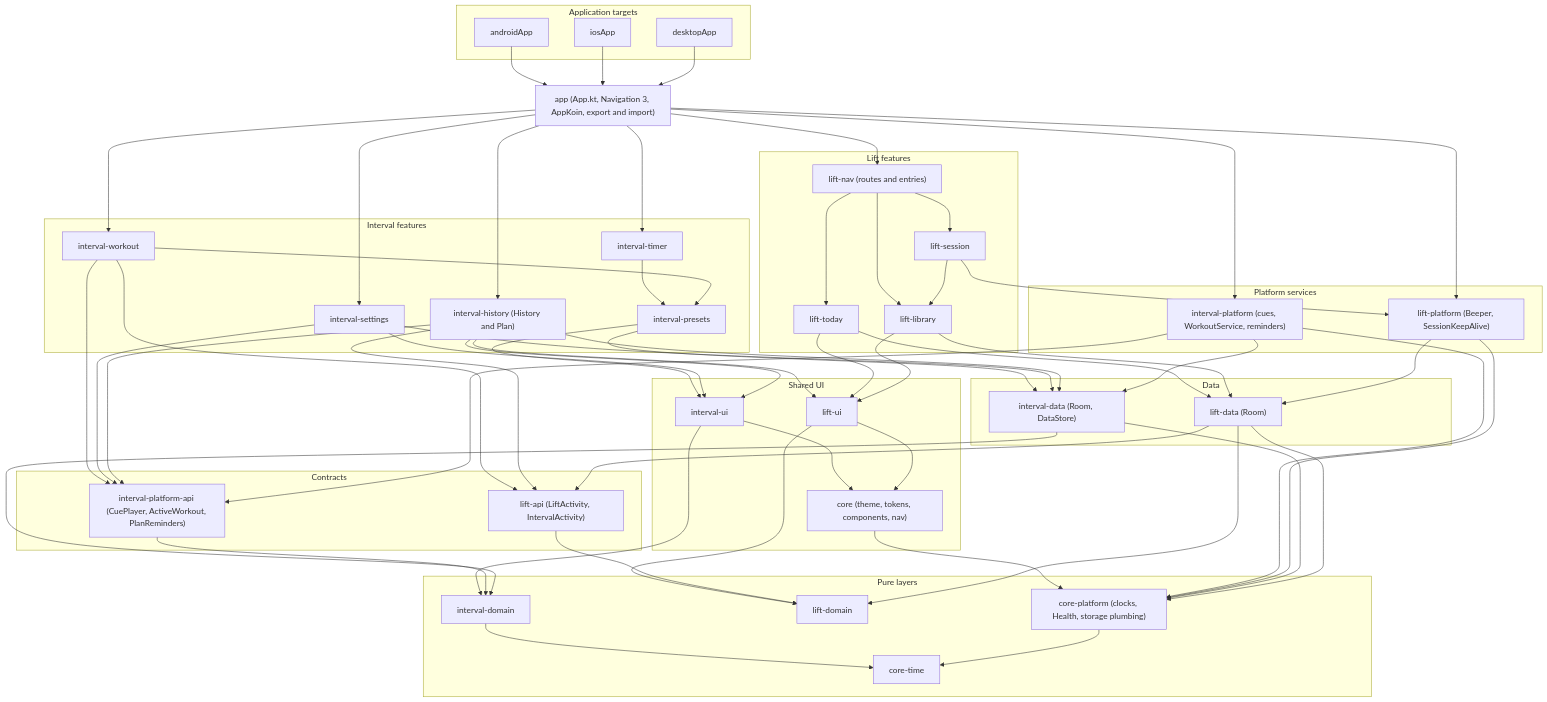
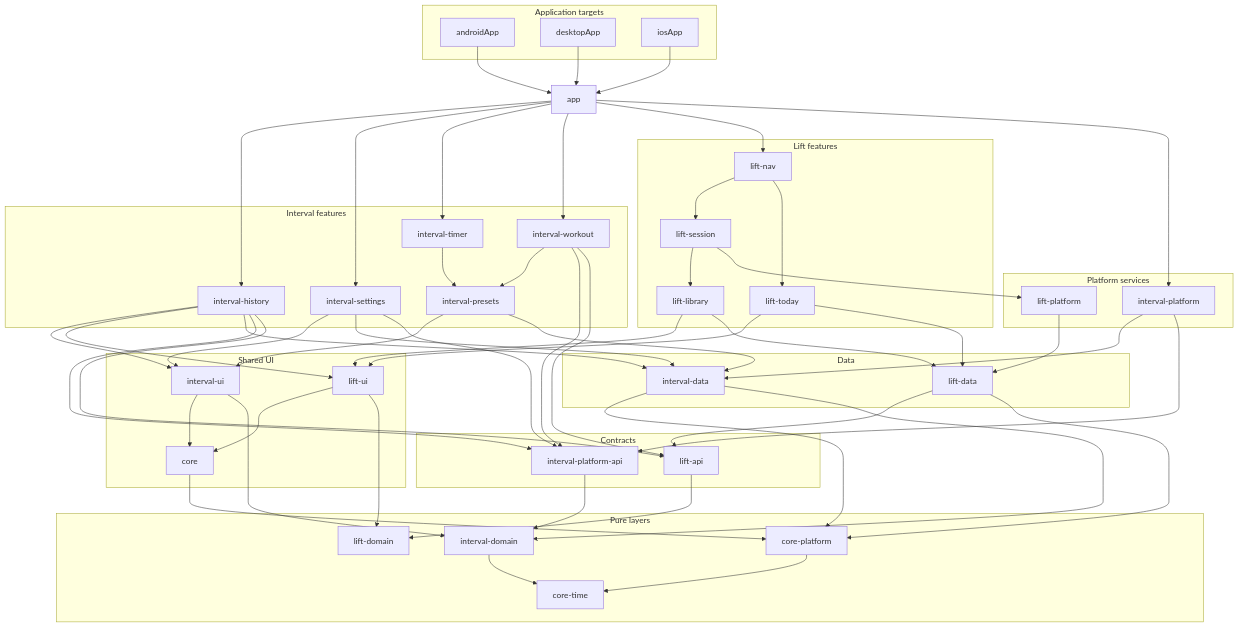
Before and after one commit to smithjustinn84-netizen/interval: the first of 2 diagrams in docs/architecture.md, drawn with Mermaid. The commit also changed other lines of this file and 4 other files, not shown here.

First line of the commit message:
Architecture: the module diagram drawn from the modules, checked in CI

````diff
--- a/docs/architecture.md
+++ b/docs/architecture.md
@@ -17,112 +17,109 @@
 ```mermaid
 graph TD
-    subgraph Applications ["Application targets"]
-        AndroidApp["androidApp"]
-        IOSApp["iosApp"]
-        DesktopApp["desktopApp"]
+    subgraph applicationTargets ["Application targets"]
+        androidApp["androidApp"]
+        desktopApp["desktopApp"]
+        iosApp["iosApp"]
     end
 
-    App["app (App.kt, Navigation 3, AppKoin, export and import)"]
+    app["app"]
 
-    subgraph IntervalFeatures ["Interval features"]
-        Timer["interval-timer"]
-        Workout["interval-workout"]
-        Presets["interval-presets"]
-        History["interval-history (History and Plan)"]
-        Settings["interval-settings"]
+    subgraph intervalFeatures ["Interval features"]
+        intervalHistory["interval-history"]
+        intervalPresets["interval-presets"]
+        intervalSettings["interval-settings"]
+        intervalTimer["interval-timer"]
+        intervalWorkout["interval-workout"]
     end
 
-    subgraph LiftFeatures ["Lift features"]
-        LiftNav["lift-nav (routes and entries)"]
-        LiftToday["lift-today"]
-        LiftSession["lift-session"]
-        LiftLib["lift-library"]
+    subgraph liftFeatures ["Lift features"]
+        liftLibrary["lift-library"]
+        liftNav["lift-nav"]
+        liftSession["lift-session"]
+        liftToday["lift-today"]
     end
 
-    subgraph SharedUI ["Shared UI"]
-        IntervalUI["interval-ui"]
-        LiftUI["lift-ui"]
-        Core["core (theme, tokens, components, nav)"]
+    subgraph sharedUi ["Shared UI"]
+        core["core"]
+        intervalUi["interval-ui"]
+        liftUi["lift-ui"]
     end
 
-    subgraph Platform ["Platform services"]
-        IntervalPlatform["interval-platform (cues, WorkoutService, reminders)"]
-        LiftPlatform["lift-platform (Beeper, SessionKeepAlive)"]
+    subgraph platformServices ["Platform services"]
+        intervalPlatform["interval-platform"]
+        liftPlatform["lift-platform"]
     end
 
-    subgraph Data ["Data"]
-        IntervalData["interval-data (Room, DataStore)"]
-        LiftData["lift-data (Room)"]
+    subgraph data ["Data"]
+        intervalData["interval-data"]
+        liftData["lift-data"]
     end
 
-    subgraph Api ["Contracts"]
-        IntervalPlatformApi["interval-platform-api (CuePlayer, ActiveWorkout, PlanReminders)"]
-        LiftApi["lift-api (LiftActivity, IntervalActivity)"]
+    subgraph contracts ["Contracts"]
+        intervalPlatformApi["interval-platform-api"]
+        liftApi["lift-api"]
     end
 
-    subgraph Pure ["Pure layers"]
-        IntervalDomain["interval-domain"]
-        LiftDomain["lift-domain"]
-        CorePlatform["core-platform (clocks, Health, storage plumbing)"]
-        CoreTime["core-time"]
+    subgraph pureLayers ["Pure layers"]
+        corePlatform["core-platform"]
+        coreTime["core-time"]
+        intervalDomain["interval-domain"]
+        liftDomain["lift-domain"]
     end
 
-    AndroidApp --> App
-    IOSApp --> App
-    DesktopApp --> App
+    androidApp --> app
+    desktopApp --> app
+    iosApp --> app
 
-    App --> Timer
-    App --> Workout
-    App --> Settings
-    App --> History
-    App --> LiftNav
-    App --> IntervalPlatform
-    App --> LiftPlatform
+    app --> intervalHistory
+    app --> intervalSettings
+    app --> intervalTimer
+    app --> intervalWorkout
+    app --> liftNav
+    app --> intervalPlatform
 
-    Timer --> Presets
-    Workout --> Presets
-    Workout --> IntervalPlatformApi
-    Workout --> LiftApi
-    Presets --> IntervalData
-    Presets --> IntervalUI
-    Settings --> IntervalData
-    Settings --> IntervalPlatformApi
-    Settings --> IntervalUI
-    History --> IntervalData
-    History --> IntervalUI
-    History --> IntervalPlatformApi
-    History --> LiftApi
-    History --> LiftUI
+    intervalHistory --> intervalUi
+    intervalHistory --> liftUi
+    intervalHistory --> intervalData
+    intervalHistory --> intervalPlatformApi
+    intervalHistory --> liftApi
+    intervalPresets --> intervalUi
+    intervalPresets --> intervalData
+    intervalSettings --> intervalUi
+    intervalSettings --> intervalData
+    intervalSettings --> intervalPlatformApi
+    intervalTimer --> intervalPresets
+    intervalWorkout --> intervalPresets
+    intervalWorkout --> intervalPlatformApi
+    intervalWorkout --> liftApi
 
-    LiftNav --> LiftToday
-    LiftNav --> LiftSession
-    LiftNav --> LiftLib
-    LiftSession --> LiftLib
-    LiftSession --> LiftPlatform
-    LiftToday --> LiftData
-    LiftToday --> LiftUI
-    LiftLib --> LiftData
-    LiftLib --> LiftUI
+    liftLibrary --> liftUi
+    liftLibrary --> liftData
+    liftNav --> liftSession
+    liftNav --> liftToday
+    liftSession --> liftLibrary
+    liftSession --> liftPlatform
+    liftToday --> liftUi
+    liftToday --> liftData
 
-    IntervalUI --> Core
-    IntervalUI --> IntervalDomain
-    LiftUI --> Core
-    LiftUI --> LiftDomain
-    Core --> CorePlatform
+    core --> corePlatform
+    intervalUi --> core
+    intervalUi --> intervalDomain
+    liftUi --> core
+    liftUi --> liftDomain
 
-    IntervalPlatform --> IntervalPlatformApi
-    IntervalPlatform --> IntervalData
-    IntervalPlatform --> CorePlatform
-    IntervalPlatformApi --> IntervalDomain
-    LiftData --> LiftApi
-    LiftApi --> LiftDomain
-    LiftPlatform --> LiftData
-    LiftPlatform --> CorePlatform
+    intervalPlatform --> intervalData
+    intervalPlatform --> intervalPlatformApi
+    liftPlatform --> liftData
 
-    IntervalData --> IntervalDomain
-    IntervalData --> CorePlatform
-    LiftData --> LiftDomain
-    LiftData --> CorePlatform
-    IntervalDomain --> CoreTime
-    CorePlatform --> CoreTime
+    intervalData --> corePlatform
+    intervalData --> intervalDomain
+    liftData --> liftApi
+    liftData --> corePlatform
+
+    intervalPlatformApi --> intervalDomain
+    liftApi --> liftDomain
+
+    corePlatform --> coreTime
+    intervalDomain --> coreTime
 ```
````
